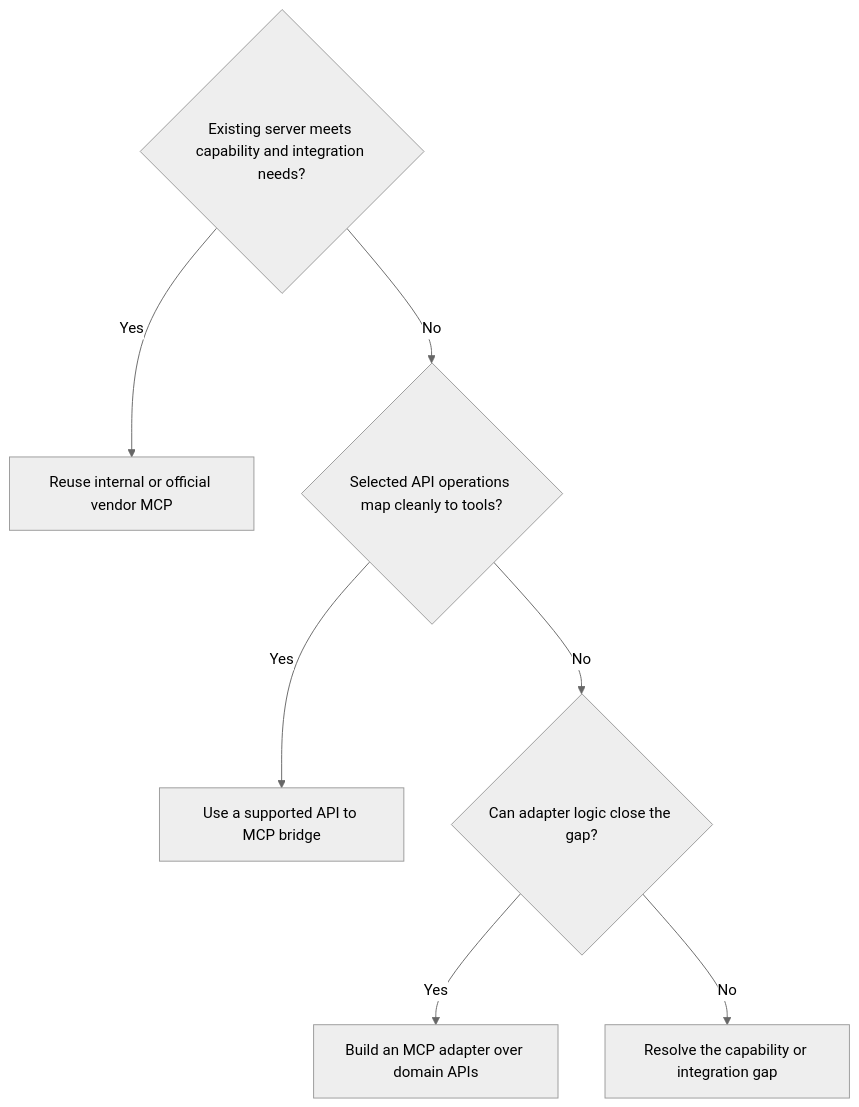
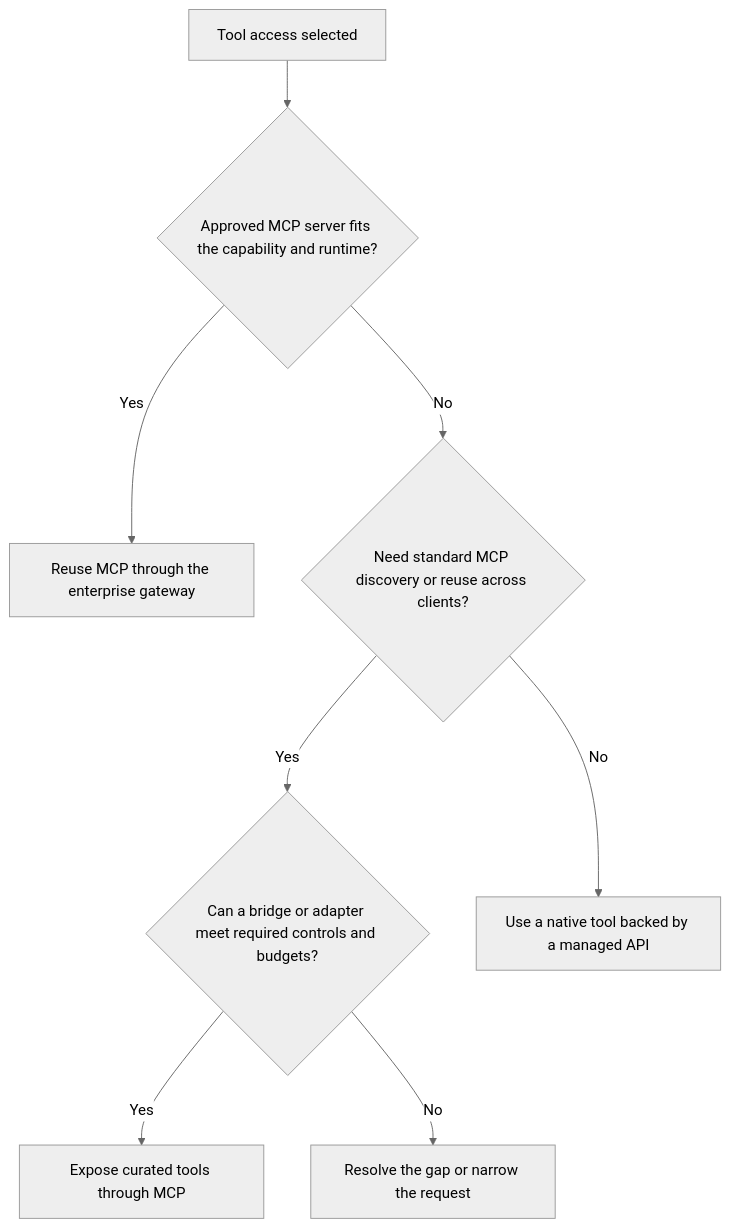
One commit to vishalahire/mcp-for-enterprise changed the second of 2 diagrams in docs/decision-tree.md. Above: the diagram before and after it, drawn with Mermaid (neutral theme). The commit also changed other lines of this file and 3 other files, not shown here.

Commit message:
docs: center decision tree on agent tool access and specialist delegation

````diff
--- a/docs/decision-tree.md
+++ b/docs/decision-tree.md
@@ -24,10 +48,11 @@
 ```mermaid
 flowchart TD
-    A{"Existing server meets capability and integration needs?"}
-    A -->|Yes| B["Reuse internal or official vendor MCP"]
-    A -->|No| C{"Selected API operations map cleanly to tools?"}
-    C -->|Yes| D["Use a supported API to MCP bridge"]
-    C -->|No| E{"Can adapter logic close the gap?"}
-    E -->|Yes| F["Build an MCP adapter over domain APIs"]
-    E -->|No| G["Resolve the capability or integration gap"]
+    A["Tool access selected"]
+    A --> B{"Approved MCP server fits the capability and runtime?"}
+    B -->|Yes| C["Reuse MCP through the enterprise gateway"]
+    B -->|No| D{"Need standard MCP discovery or reuse across clients?"}
+    D -->|Yes| E{"Can a bridge or adapter meet required controls and budgets?"}
+    E -->|Yes| F["Expose curated tools through MCP"]
+    E -->|No| G["Resolve the gap or narrow the request"]
+    D -->|No| H["Use a native tool backed by a managed API"]
 ```
````
